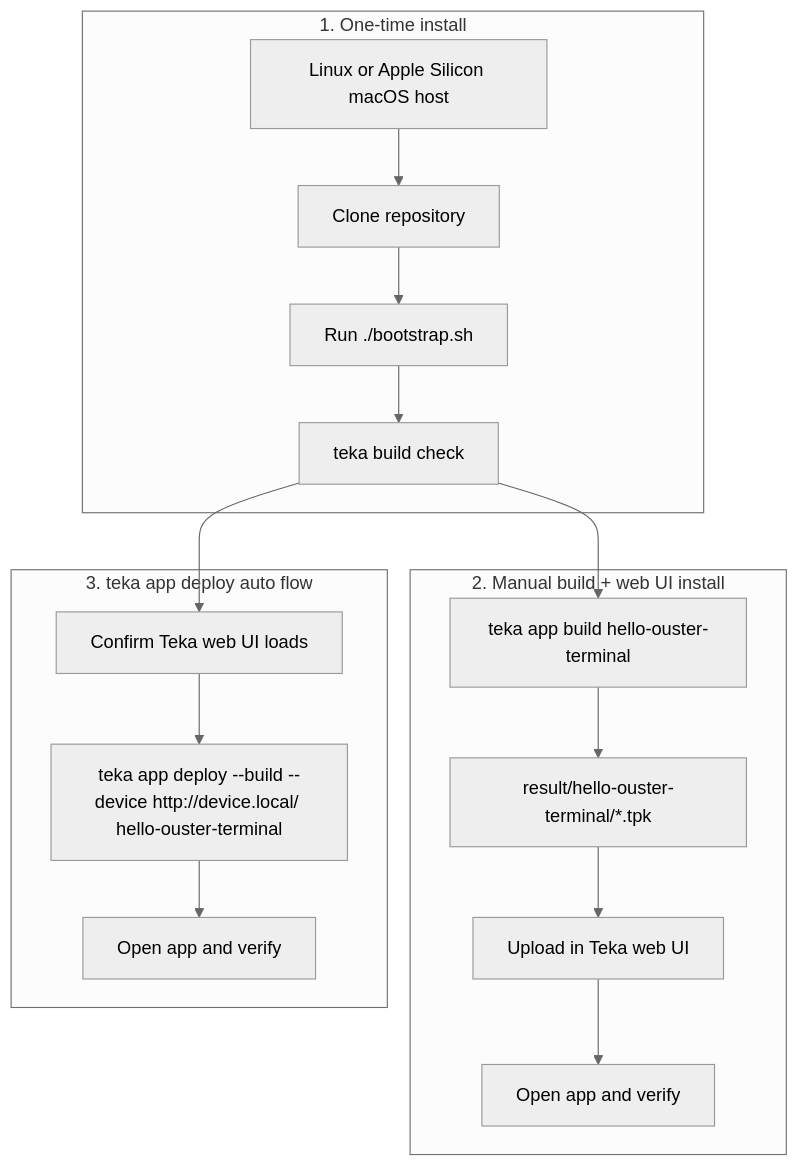
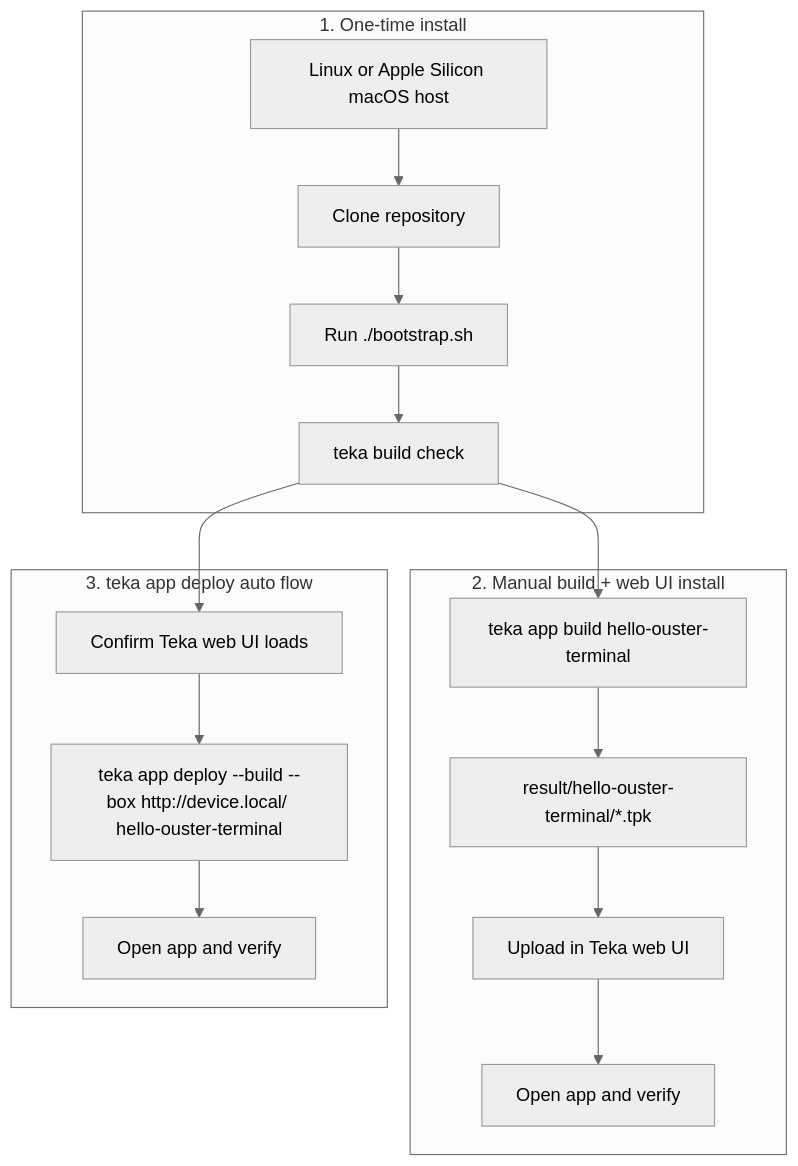
One commit to ouster-lidar/teka-sdk changed the diagram in docs/developer-guide.md. Above: the diagram before and after it, drawn with Mermaid (neutral theme). The commit also changed other lines of this file and 12 other files, not shown here.

````diff
--- a/docs/developer-guide.md
+++ b/docs/developer-guide.md
@@ -7,28 +7,28 @@
 ```mermaid
 flowchart TD
     subgraph setup [1. One-time install]
         A[Linux or Apple Silicon macOS host]
         B[Clone repository]
         C[Run ./bootstrap.sh]
         K[teka build check]
         A --> B --> C --> K
     end
 
     subgraph manual [2. Manual build + web UI install]
         D[teka app build hello-ouster-terminal]
         E[result/hello-ouster-terminal/*.tpk]
         F[Upload in Teka web UI]
         G[Open app and verify]
         D --> E --> F --> G
     end
 
     subgraph auto [3. teka app deploy auto flow]
         H[Confirm Teka web UI loads]
-        I[teka app deploy --build --device http://device.local/ hello-ouster-terminal]
+        I[teka app deploy --build --box http://device.local/ hello-ouster-terminal]
         J[Open app and verify]
         H --> I --> J
     end
 
     K --> D
     K --> H
 ```
````
